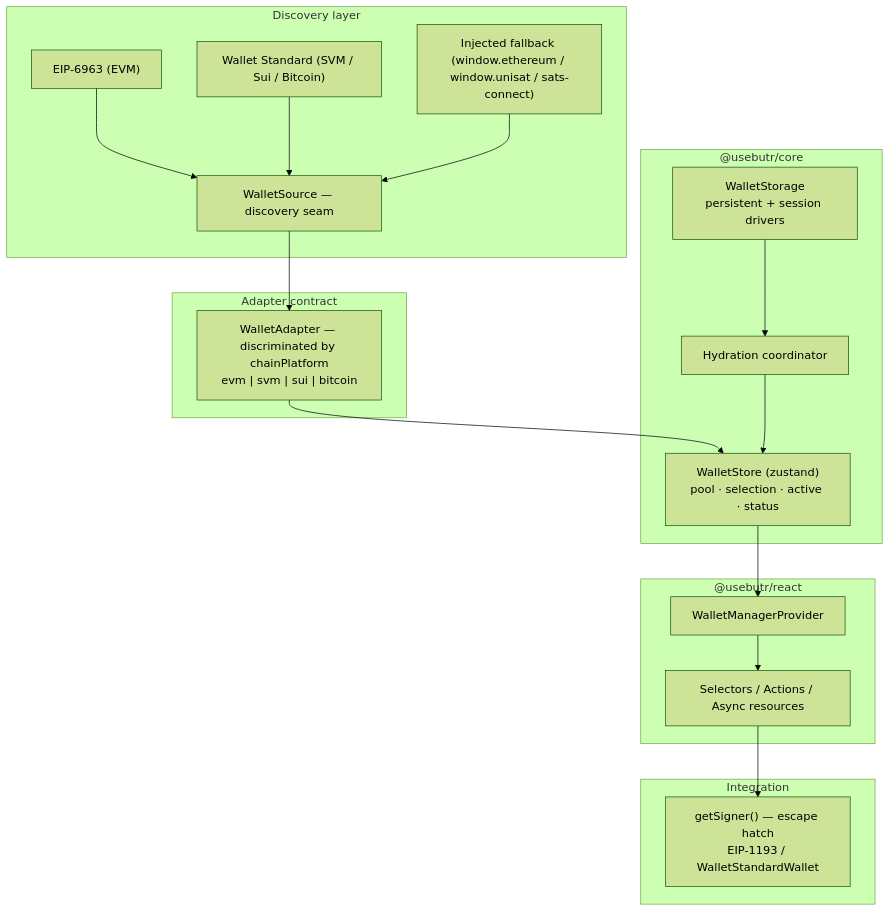
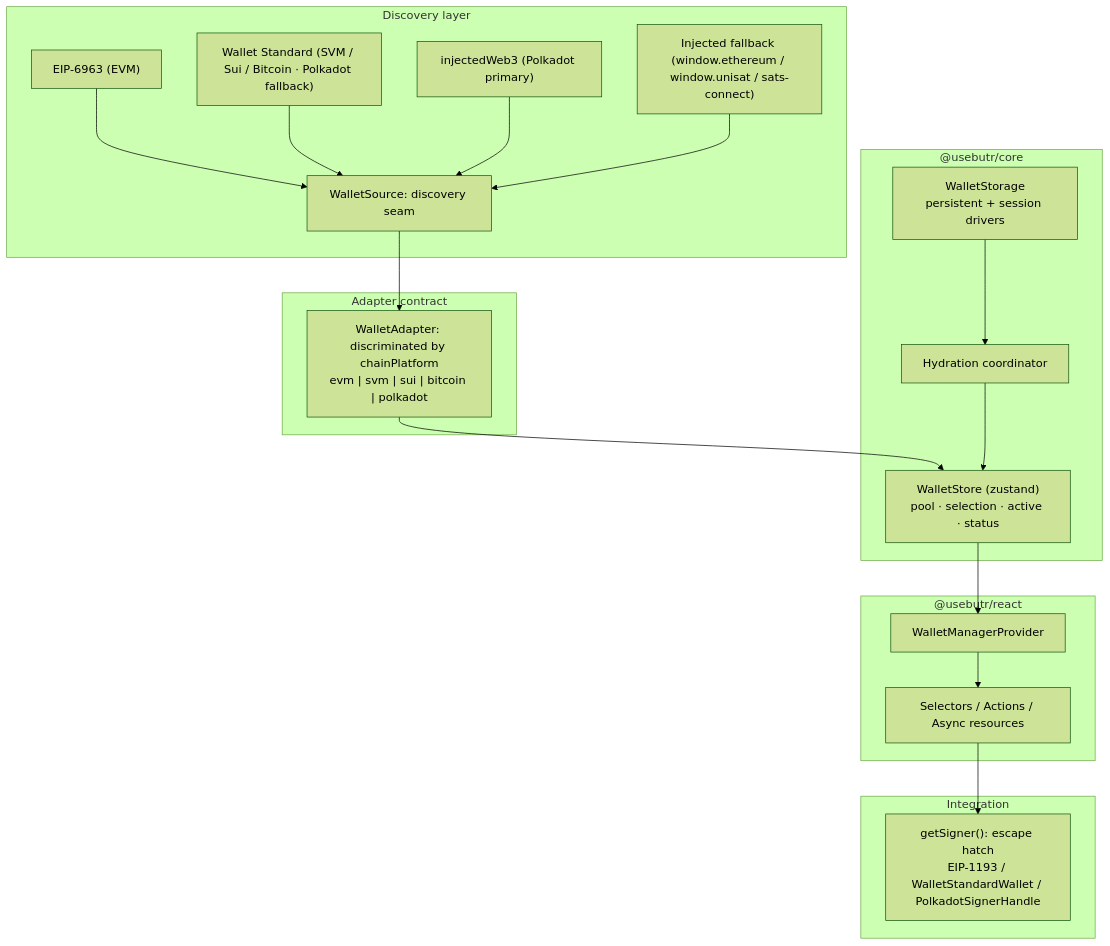
One commit to pedroapfilho/usebutr changed the diagram in apps/docs/content/docs/concepts/architecture.mdx. Above: the diagram before and after it, drawn with Mermaid (forest theme). The commit also changed other lines of this file and 71 other files, not shown here.

````diff
--- a/apps/docs/content/docs/concepts/architecture.mdx
+++ b/apps/docs/content/docs/concepts/architecture.mdx
@@ -12,39 +12,41 @@
 ```mermaid
 graph TD
   subgraph discovery["Discovery layer"]
     eip6963["EIP-6963 (EVM)"]
-    walletstandard["Wallet Standard (SVM / Sui / Bitcoin)"]
+    walletstandard["Wallet Standard (SVM / Sui / Bitcoin · Polkadot fallback)"]
+    injectedweb3["injectedWeb3 (Polkadot primary)"]
     injected["Injected fallback (window.ethereum / window.unisat / sats-connect)"]
-    source["WalletSource — discovery seam"]
+    source["WalletSource: discovery seam"]
   end
 
   subgraph adapters["Adapter contract"]
-    adapter["WalletAdapter — discriminated by chainPlatform<br>evm | svm | sui | bitcoin"]
+    adapter["WalletAdapter: discriminated by chainPlatform<br>evm | svm | sui | bitcoin | polkadot"]
   end
 
   subgraph core["@usebutr/core"]
     store["WalletStore (zustand)<br>pool · selection · active · status"]
     storage["WalletStorage<br>persistent + session drivers"]
     hydration["Hydration coordinator"]
   end
 
   subgraph react["@usebutr/react"]
     provider["WalletManagerProvider"]
     hooks["Selectors / Actions / Async resources"]
   end
 
   subgraph integration["Integration"]
-    signer["getSigner() — escape hatch<br>EIP-1193 / WalletStandardWallet"]
+    signer["getSigner(): escape hatch<br>EIP-1193 / WalletStandardWallet / PolkadotSignerHandle"]
   end
 
   eip6963 --> source
   walletstandard --> source
+  injectedweb3 --> source
   injected --> source
   source --> adapter
   adapter --> store
   storage --> hydration
   hydration --> store
   store --> provider
   provider --> hooks
   hooks --> signer
 ```
````
